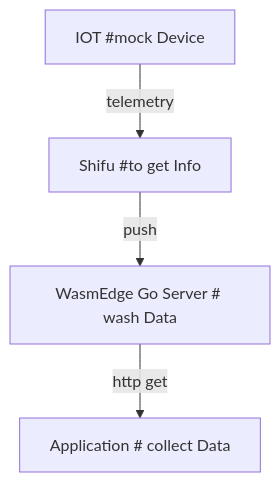
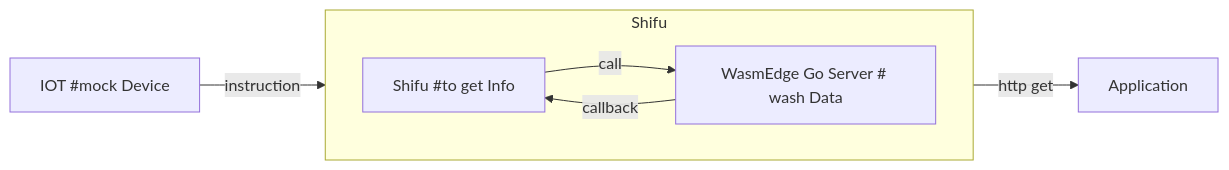
The first of 2 diagrams in README.md (Edgenesis/wasm-shifu-demo), drawn with Mermaid before and after one commit. The commit also changed other lines of this file, not shown here.

Commit message:
add graph

````diff
--- a/README.md
+++ b/README.md
@@ -3,11 +3,14 @@
 ```mermaid
-  flowchart TD
-    
+  flowchart LR
    iot[IOT #mock Device]
-   shifu1[Shifu #to get Info]
-   wasm[WasmEdge Go Server # wash Data]
-   app[Application # collect Data]
+   app[Application ]
 
-   iot -->|telemetry| shifu1 -->|push| wasm -->|http get| app 
-   
+   subgraph shifu[Shifu]
+      direction LR
+      shifu1[Shifu #to get Info]
+      wasm[WasmEdge Go Server # wash Data]
+   end
+   shifu1 -->|call| wasm
+   wasm -->|callback| shifu1
+   iot -->|instruction| shifu1  -->|http get| app 
 ```
````
